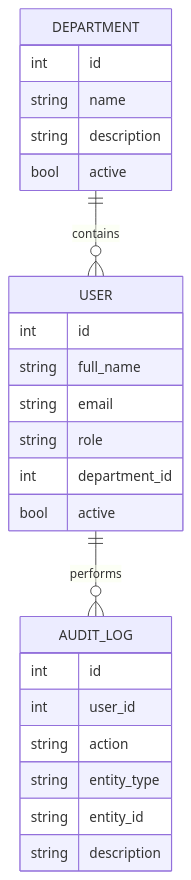
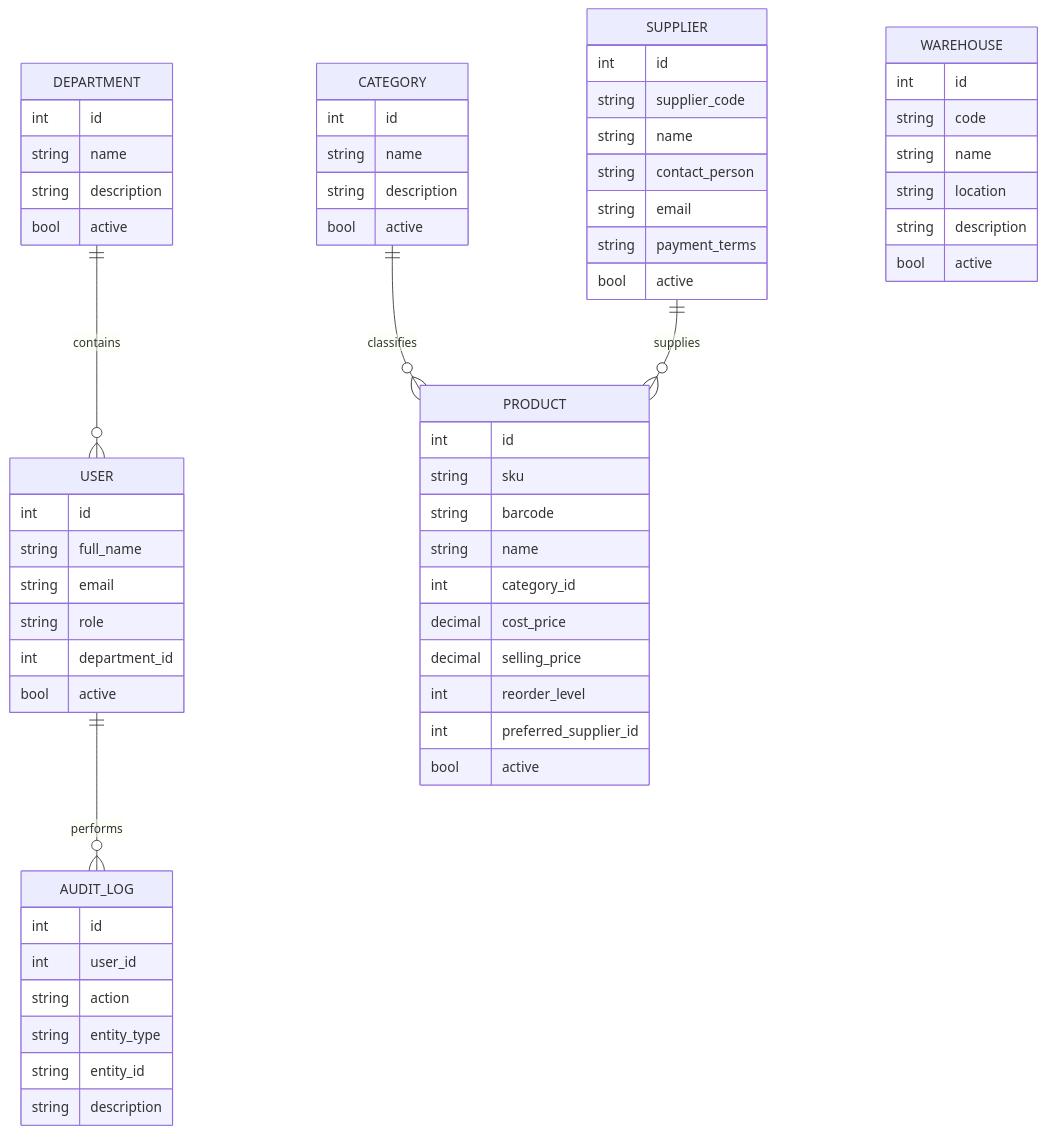
One commit to reabetsoe-dev/StockPilot changed the diagram in docs/database.md. Above: the diagram before and after it, drawn with Mermaid. The commit also changed other lines of this file and 36 other files, not shown here.

````diff
--- a/docs/database.md
+++ b/docs/database.md
@@ -5,30 +5,71 @@
 ```mermaid
 erDiagram
     DEPARTMENT ||--o{ USER : contains
     USER ||--o{ AUDIT_LOG : performs
+    CATEGORY ||--o{ PRODUCT : classifies
+    SUPPLIER ||--o{ PRODUCT : supplies
 
     DEPARTMENT {
         int id
         string name
         string description
         bool active
     }
 
     USER {
         int id
         string full_name
         string email
         string role
         int department_id
         bool active
     }
 
     AUDIT_LOG {
         int id
         int user_id
         string action
         string entity_type
         string entity_id
         string description
     }
+
+    CATEGORY {
+        int id
+        string name
+        string description
+        bool active
+    }
+
+    SUPPLIER {
+        int id
+        string supplier_code
+        string name
+        string contact_person
+        string email
+        string payment_terms
+        bool active
+    }
+
+    WAREHOUSE {
+        int id
+        string code
+        string name
+        string location
+        string description
+        bool active
+    }
+
+    PRODUCT {
+        int id
+        string sku
+        string barcode
+        string name
+        int category_id
+        decimal cost_price
+        decimal selling_price
+        int reorder_level
+        int preferred_supplier_id
+        bool active
+    }
 ```
````
